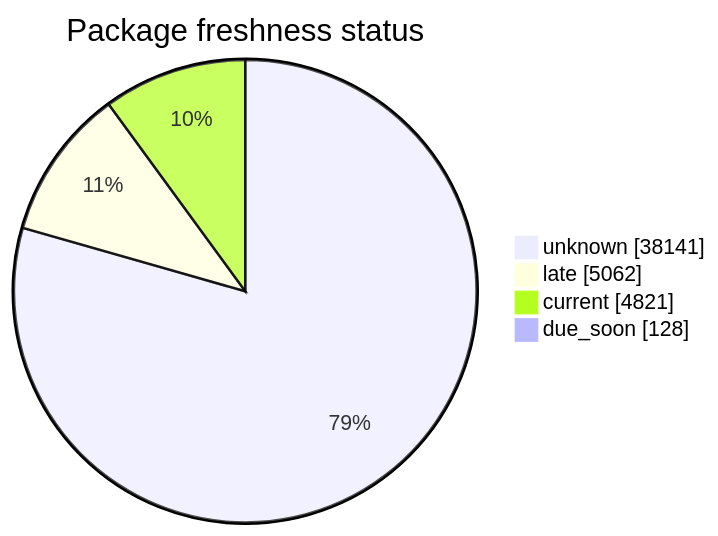
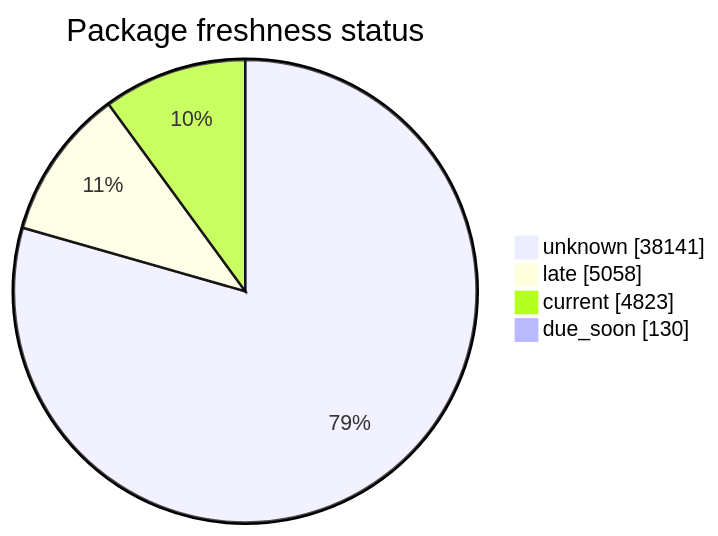
The second of 5 diagrams in FreshCheck/README.md (open-data/analytics-corporate-reporting), drawn with Mermaid before and after one commit. The commit also changed other lines of this file and 3 other files, not shown here.

````diff
--- a/FreshCheck/README.md
+++ b/FreshCheck/README.md
@@ -68,7 +68,7 @@
 ```mermaid
 pie showData title Package freshness status
     "unknown": 38141
-    "late": 5062
-    "current": 4821
-    "due_soon": 128
+    "late": 5058
+    "current": 4823
+    "due_soon": 130
 ```
````
